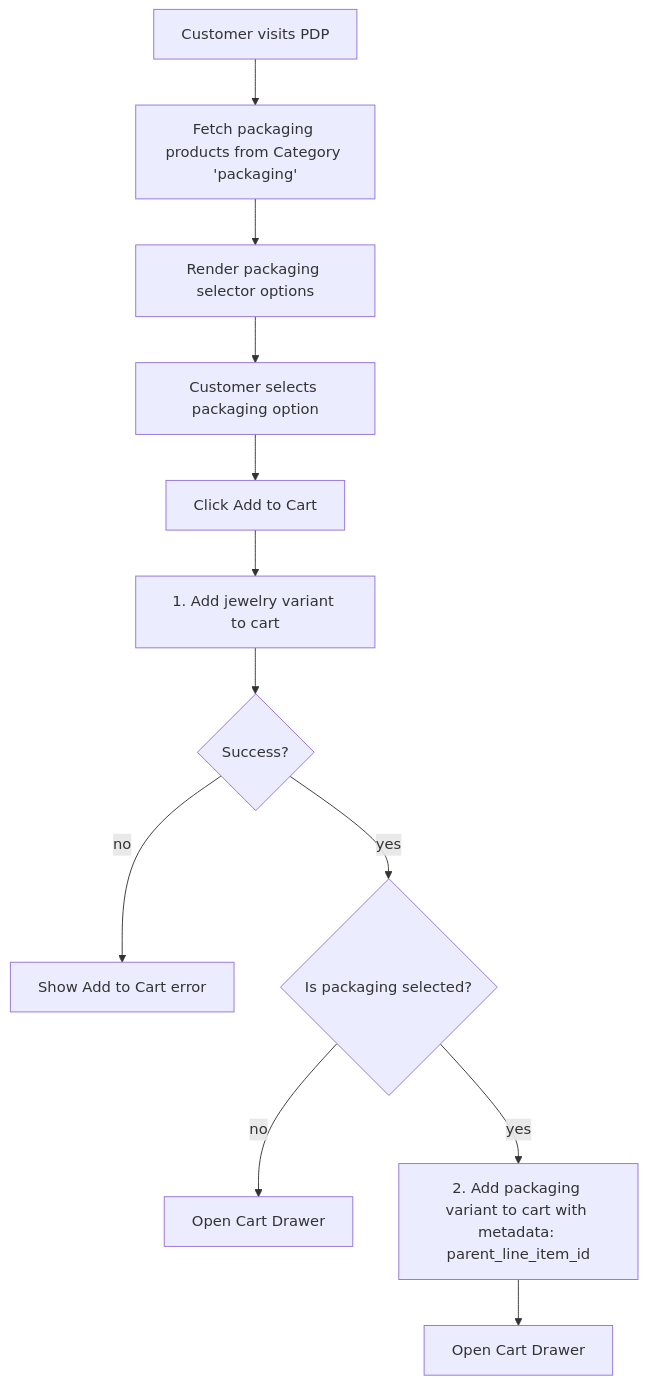
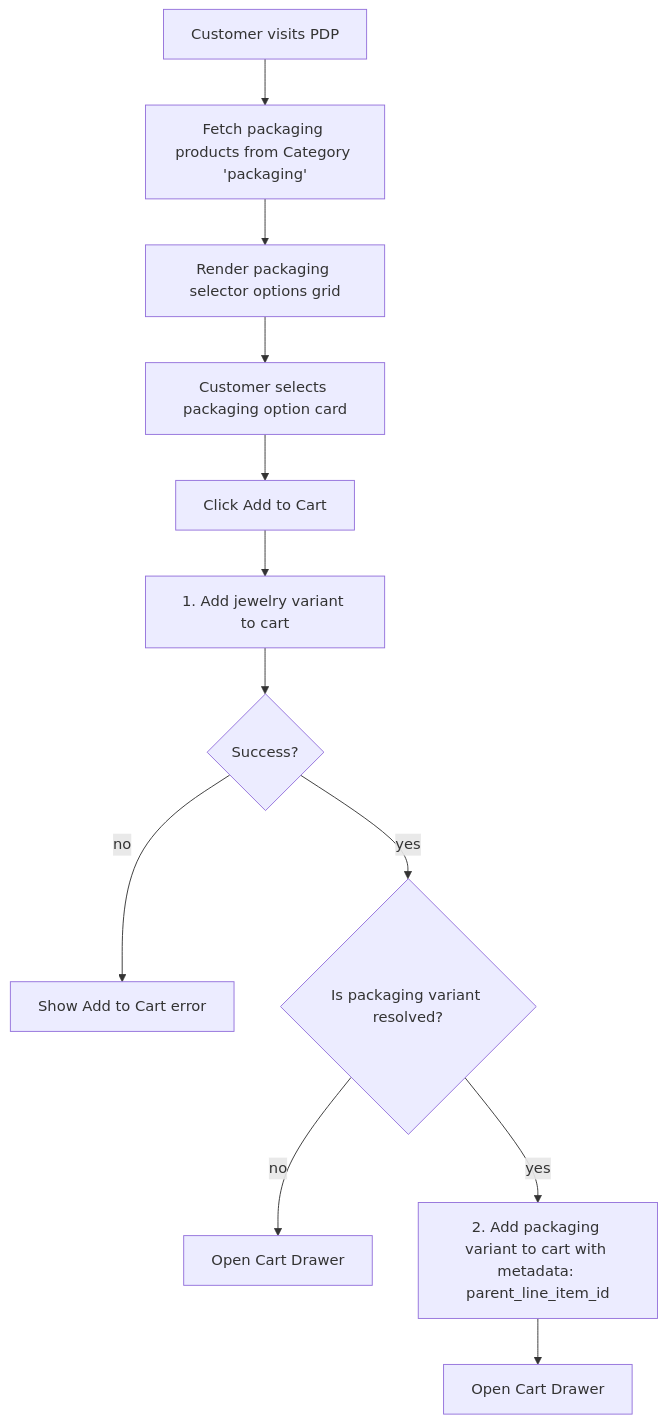
One commit to AtoshaKartosha/sunluk changed the first of 3 diagrams in flows/features/product-addons.md. Above: the diagram before and after it, drawn with Mermaid. The commit also changed other lines of this file, not shown here.

Commit message:
chore(flows): sync product packaging addons flow with grid UI implementation

````diff
--- a/flows/features/product-addons.md
+++ b/flows/features/product-addons.md
@@ -41,17 +41,17 @@
 ```mermaid
 flowchart TD
   Start[Customer visits PDP] --> LoadPack[Fetch packaging products from Category 'packaging']
-  LoadPack --> ShowOptions[Render packaging selector options]
+  LoadPack --> ShowOptions[Render packaging selector options grid]
   
-  ShowOptions --> Toggle[Customer selects packaging option]
+  ShowOptions --> Toggle[Customer selects packaging option card]
   Toggle --> ClickAdd[Click Add to Cart]
   
   ClickAdd --> AddMain[1. Add jewelry variant to cart]
   AddMain --> AddSuccess{Success?}
   AddSuccess -->|no| ShowError[Show Add to Cart error]
-  AddSuccess -->|yes| CheckAddon{Is packaging selected?}
+  AddSuccess -->|yes| CheckAddon{Is packaging variant resolved?}
   
   CheckAddon -->|no| OpenCart[Open Cart Drawer]
   CheckAddon -->|yes| AddAddon[2. Add packaging variant to cart with metadata: parent_line_item_id]
   AddAddon --> AddonSuccess[Open Cart Drawer]
 ```
````
